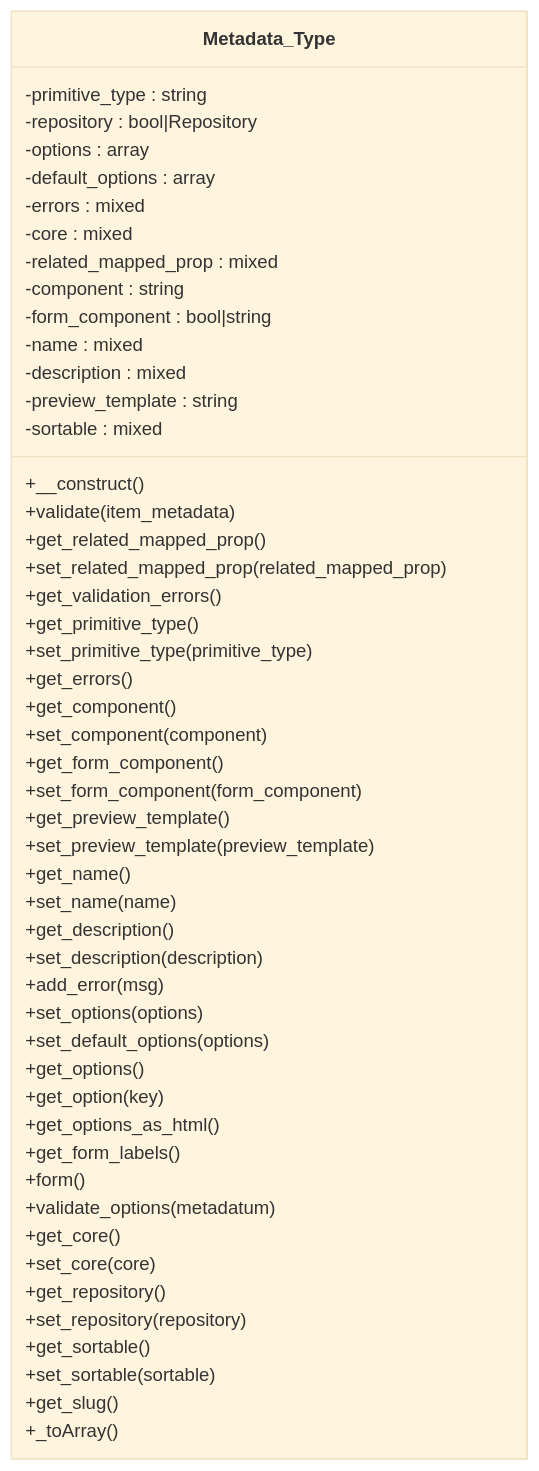
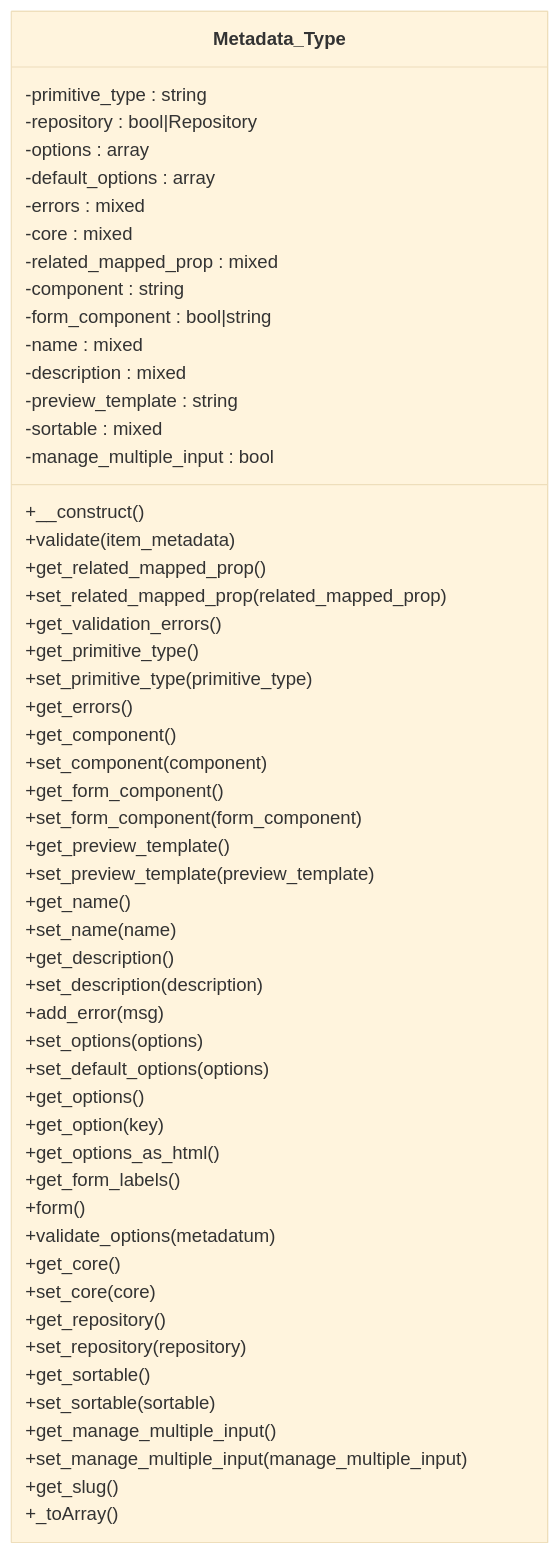
The diagram in docs/phpdoc/classes/Tainacan/Metadata_Types/Metadata_Type.mmd (tainacan/tainacan), drawn with Mermaid (base theme) before and after one commit. The commit also changed 16 other files, not shown here.

```diff
--- a/docs/phpdoc/classes/Tainacan/Metadata_Types/Metadata_Type.mmd
+++ b/docs/phpdoc/classes/Tainacan/Metadata_Types/Metadata_Type.mmd
@@ -1,52 +1,55 @@
 classDiagram
     direction TB
     class Metadata_Type {
         -primitive_type : string
         -repository : bool|Repository
         -options : array
         -default_options : array
         -errors : mixed
         -core : mixed
         -related_mapped_prop : mixed
         -component : string
         -form_component : bool|string
         -name : mixed
         -description : mixed
         -preview_template : string
         -sortable : mixed
+        -manage_multiple_input : bool
         +__construct()
         +validate(item_metadata)
         +get_related_mapped_prop()
         +set_related_mapped_prop(related_mapped_prop)
         +get_validation_errors()
         +get_primitive_type()
         +set_primitive_type(primitive_type)
         +get_errors()
         +get_component()
         +set_component(component)
         +get_form_component()
         +set_form_component(form_component)
         +get_preview_template()
         +set_preview_template(preview_template)
         +get_name()
         +set_name(name)
         +get_description()
         +set_description(description)
         +add_error(msg)
         +set_options(options)
         +set_default_options(options)
         +get_options()
         +get_option(key)
         +get_options_as_html()
         +get_form_labels()
         +form()
         +validate_options(metadatum)
         +get_core()
         +set_core(core)
         +get_repository()
         +set_repository(repository)
         +get_sortable()
         +set_sortable(sortable)
+        +get_manage_multiple_input()
+        +set_manage_multiple_input(manage_multiple_input)
         +get_slug()
         +_toArray()
     }
```
